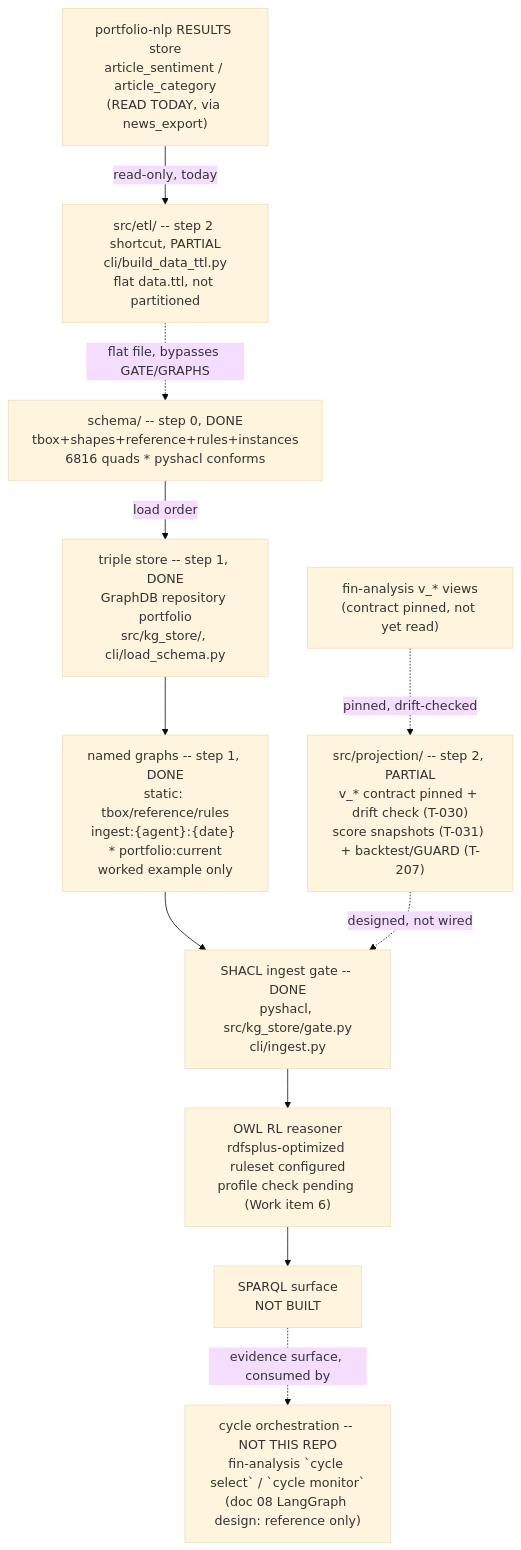
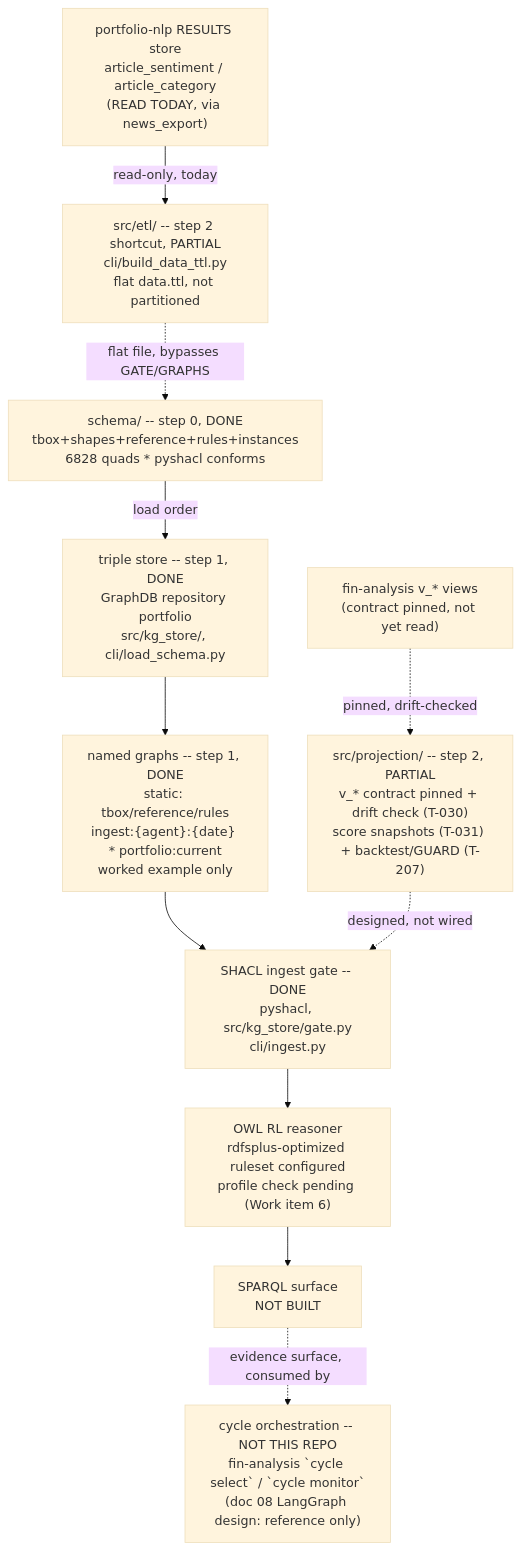
The diagram in .specify/memory/SPEC.md (gamug/portfolio-knowledge-graph), drawn with Mermaid (base theme) before and after one commit. The commit also changed other lines of this file and 12 other files, not shown here.

````diff
--- a/.specify/memory/SPEC.md
+++ b/.specify/memory/SPEC.md
@@ -1027,22 +1027,22 @@
 ```mermaid
 flowchart TB
-    SCHEMA["schema/ -- step 0, DONE<br/>tbox+shapes+reference+rules+instances<br/>6816 quads * pyshacl conforms"]
+    SCHEMA["schema/ -- step 0, DONE<br/>tbox+shapes+reference+rules+instances<br/>6828 quads * pyshacl conforms"]
     STORE["triple store -- step 1, DONE<br/>GraphDB repository portfolio<br/>src/kg_store/, cli/load_schema.py"]
     GRAPHS["named graphs -- step 1, DONE<br/>static: tbox/reference/rules<br/>ingest:{agent}:{date} * portfolio:current<br/>worked example only"]
     GATE["SHACL ingest gate -- DONE<br/>pyshacl, src/kg_store/gate.py<br/>cli/ingest.py"]
     PROJ["src/projection/ -- step 2, PARTIAL<br/>v_* contract pinned + drift check (T-030)<br/>score snapshots (T-031) + backtest/GUARD (T-207)"]
     FIN["fin-analysis v_* views<br/>(contract pinned, not yet read)"]
     NLPRES["portfolio-nlp RESULTS store<br/>article_sentiment / article_category<br/>(READ TODAY, via news_export)"]
     ETL["src/etl/ -- step 2 shortcut, PARTIAL<br/>cli/build_data_ttl.py<br/>flat data.ttl, not partitioned"]
     REASON["OWL RL reasoner<br/>rdfsplus-optimized ruleset configured<br/>profile check pending (Work item 6)"]
     SPARQL["SPARQL surface<br/>NOT BUILT"]
     AGENTS["cycle orchestration -- NOT THIS REPO<br/>fin-analysis `cycle select` / `cycle monitor`<br/>(doc 08 LangGraph design: reference only)"]
 
     SCHEMA -->|load order| STORE --> GRAPHS --> GATE
     FIN -.->|pinned, drift-checked| PROJ
     PROJ -.->|designed, not wired| GATE
     NLPRES -->|read-only, today| ETL
     ETL -.->|flat file, bypasses GATE/GRAPHS| SCHEMA
     GATE --> REASON --> SPARQL
     SPARQL -.->|evidence surface, consumed by| AGENTS
 ```
````
